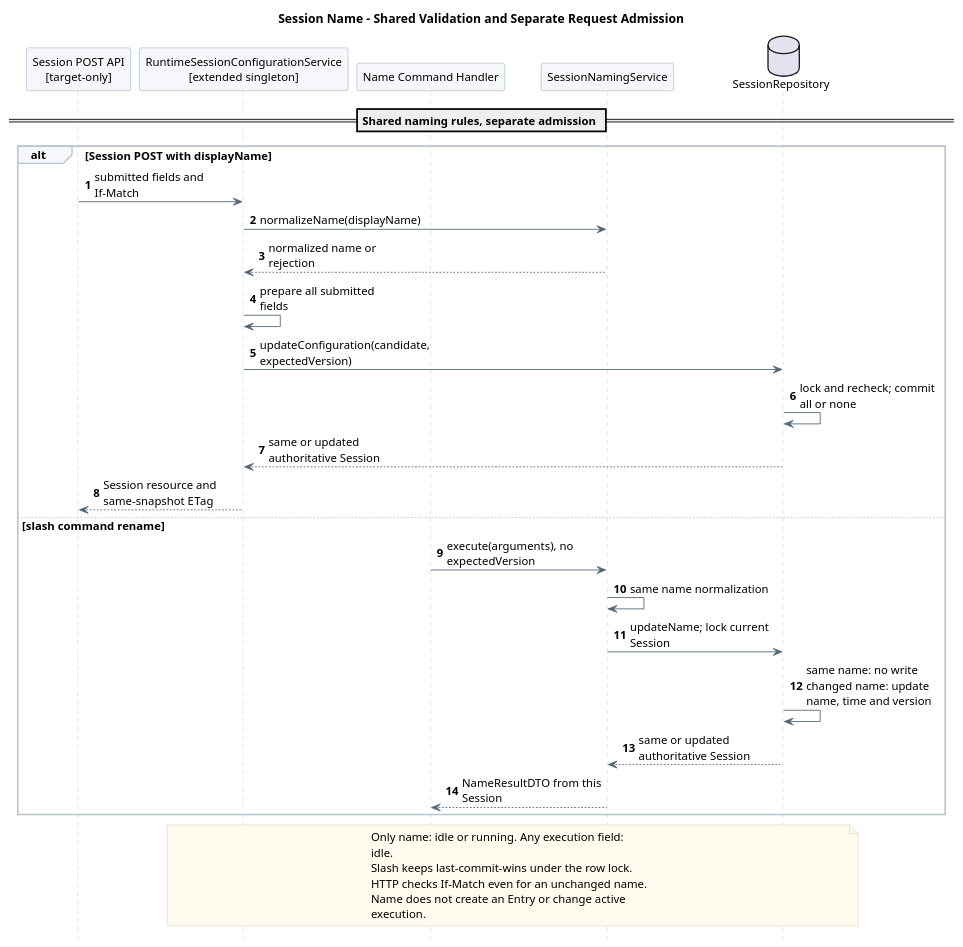
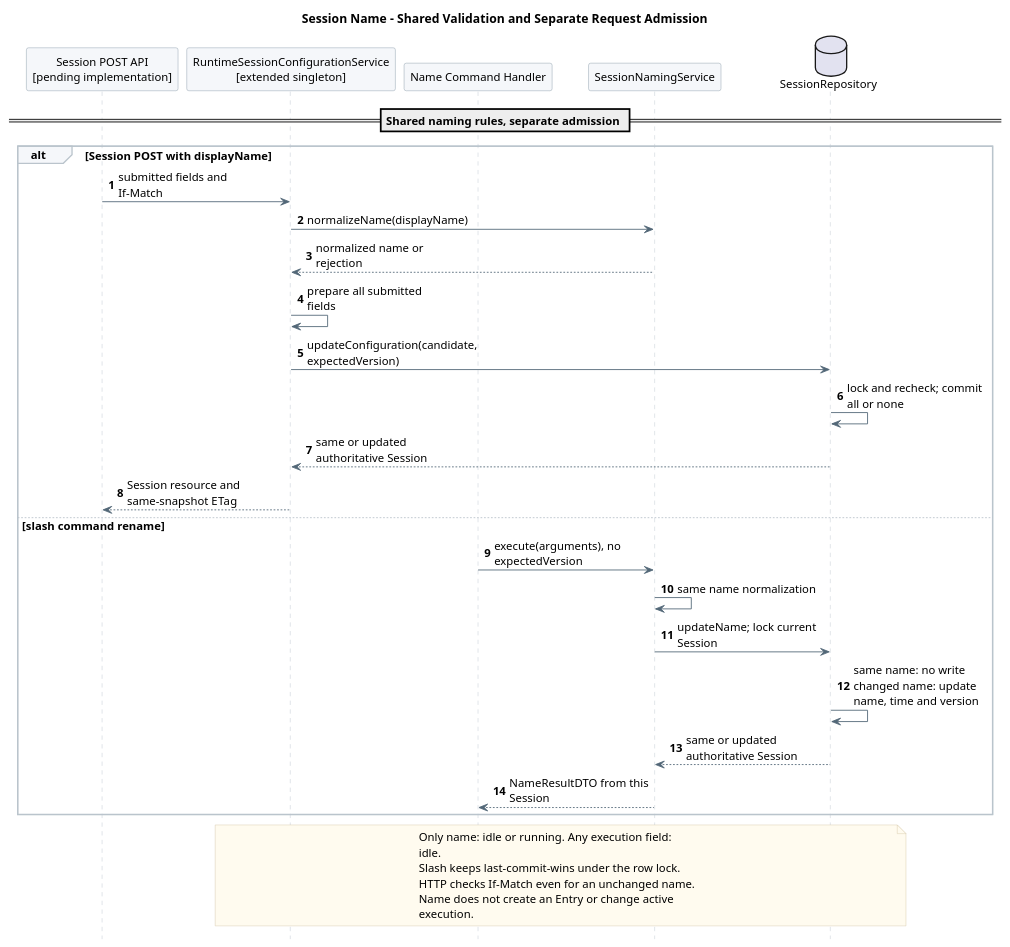
One commit to ssm0808/pi-mono-java-design changed the second of 3 diagrams in 04-命令与技能/01-内置命令/设计图/diagram.puml. Above: the diagram before and after it, drawn with PlantUML. The commit also changed other lines of this file and 182 other files, not shown here.

```diff
--- a/04-命令与技能/01-内置命令/设计图/diagram.puml
+++ b/04-命令与技能/01-内置命令/设计图/diagram.puml
@@ -61,57 +61,57 @@
 @startuml session_name_update
 skinparam backgroundColor white
 skinparam defaultFontName SansSerif
 skinparam defaultFontSize 13
 skinparam shadowing false
 skinparam sequenceMessageAlign left
 skinparam maxMessageSize 165
 skinparam sequenceArrowColor #526777
 skinparam sequenceLifeLineBorderColor #BAC4CC
 skinparam sequenceParticipantBackgroundColor #F5F7FA
 skinparam sequenceParticipantBorderColor #8496A4
 skinparam sequenceGroupBackgroundColor #F5F7FA
 skinparam sequenceGroupBorderColor #BAC4CC
 skinparam noteBackgroundColor #FFFBEF
 skinparam noteBorderColor #D2C6A5
 hide footbox
 autonumber
 title Session Name - Shared Validation and Separate Request Admission
 ' Source evidence: pi-mono-java@09b32d8ea4a4b43b34be302d8b2745bdc417c9a2.
 ' modules/coding-agent-cli/src/main/java/com/campusclaw/codingagent/runtimeapi/service/command/SessionNamingService.java :: execute, normalizeName.
 ' modules/coding-agent-cli/src/main/java/com/campusclaw/codingagent/runtimeapi/session/RuntimeSessionConfigurationService.java :: requireMutableSession.
 ' modules/coding-agent-cli/src/main/java/com/campusclaw/codingagent/runtimeapi/persistence/RuntimeSessionRepository.java :: updateName.
 ' Observed behavior: slash name owns an independent row-locked update with no expected version.
-' Target-only architecture: Session POST reuses normalization and commits a combined candidate.
+' Pending implementation architecture: Session POST reuses normalization and commits a combined candidate.
 ' Design reason: shared name rules do not require HTTP to call a separately committing command.
-participant "Session POST API\n[target-only]" as API
+participant "Session POST API\n[pending implementation]" as API
 participant "RuntimeSessionConfigurationService\n[extended singleton]" as App
 participant "Name Command Handler" as Handler
 participant SessionNamingService as Service
 database SessionRepository as Repo
 == Shared naming rules, separate admission ==
 alt Session POST with displayName
   API -> App : submitted fields and If-Match
   App -> Service : normalizeName(displayName)
   Service --> App : normalized name or rejection
   App -> App : prepare all submitted fields
   App -> Repo : updateConfiguration(candidate, expectedVersion)
   Repo -> Repo : lock and recheck; commit all or none
   Repo --> App : same or updated authoritative Session
   App --> API : Session resource and same-snapshot ETag
 else slash command rename
   Handler -> Service : execute(arguments), no expectedVersion
   Service -> Service : same name normalization
   Service -> Repo : updateName; lock current Session
   Repo -> Repo : same name: no write\nchanged name: update name, time and version
   Repo --> Service : same or updated authoritative Session
   Service --> Handler : NameResultDTO from this Session
 end
 note over App,Repo
   Only name: idle or running. Any execution field:
   idle.
   Slash keeps last-commit-wins under the row lock.
   HTTP checks If-Match even for an unchanged name.
   Name does not create an Entry or change active
   execution.
 end note
 @enduml
```
